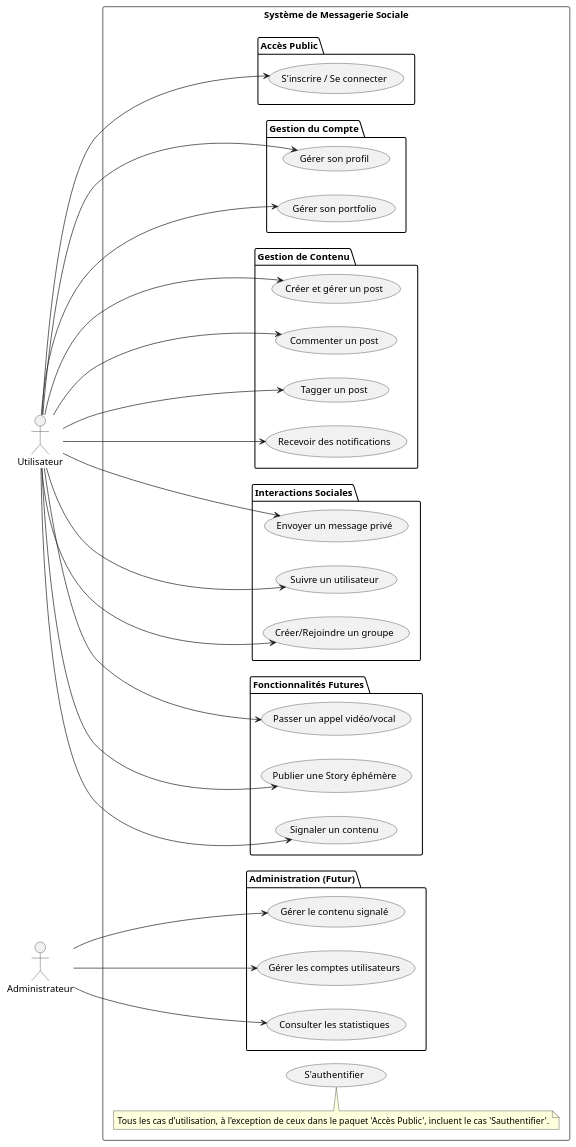
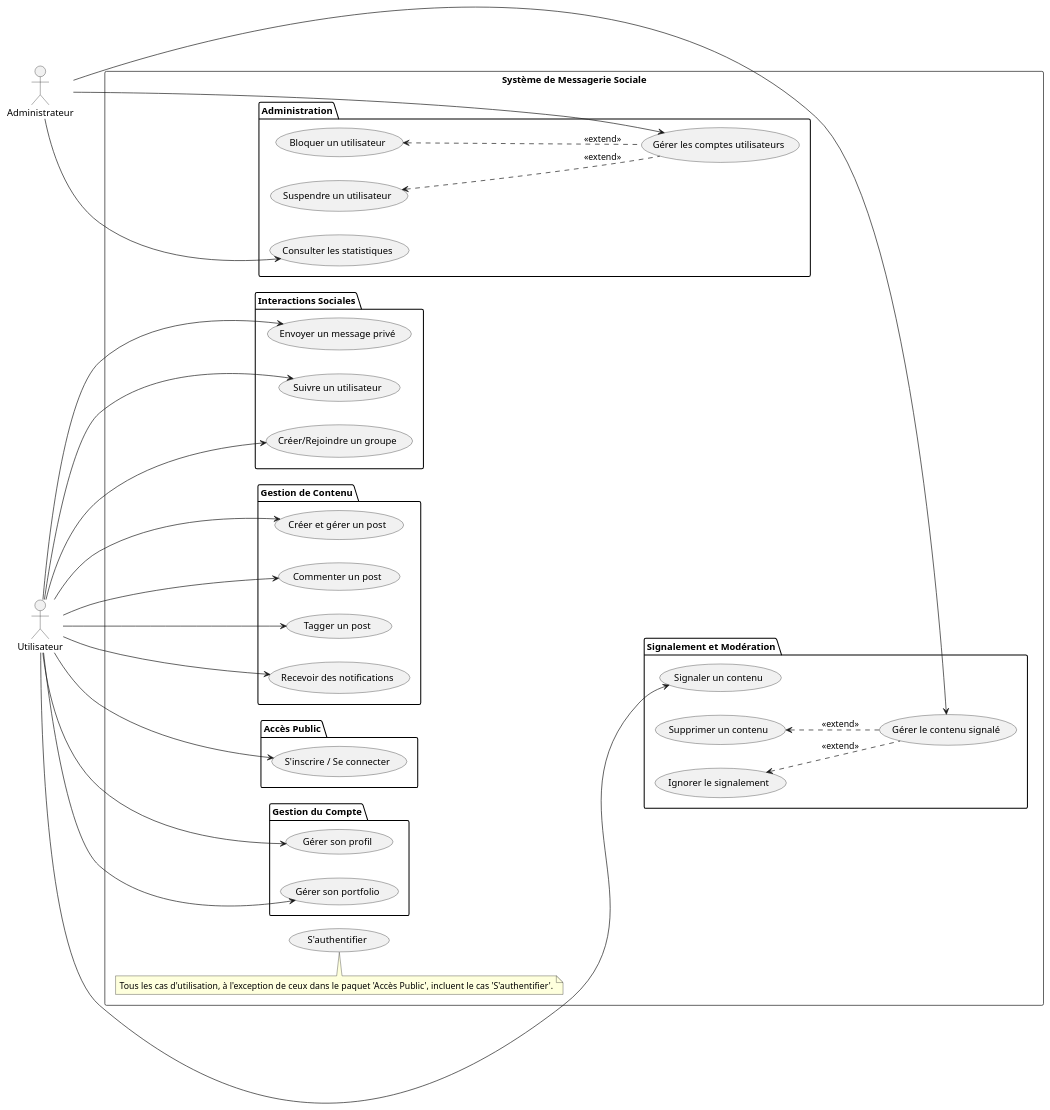
Before and after one commit to YetochariYeoTech/Social_Network_App: the diagram in Diagrams/Use-Case-Diagram/UML-UseCase-Diagram.puml, drawn with PlantUML. The commit also changed other lines of this file and 9 other files, not shown here.

Commit message:
Schema UML complets.

```diff
--- a/Diagrams/Use-Case-Diagram/UML-UseCase-Diagram.puml
+++ b/Diagrams/Use-Case-Diagram/UML-UseCase-Diagram.puml
@@ -1,67 +1,80 @@
 @startuml
 left to right direction
 
 actor Utilisateur
 actor Administrateur
 
 rectangle "Système de Messagerie Sociale" {
 
   usecase "S'authentifier" as UC_Auth
 
   package "Accès Public" {
     usecase "S'inscrire / Se connecter" as UC1
   }
 
   package "Gestion du Compte" {
     usecase "Gérer son profil" as UC2
     usecase "Gérer son portfolio" as UC3
   }
 
   package "Gestion de Contenu" {
     usecase "Créer et gérer un post" as UC4
     usecase "Commenter un post" as UC5
     usecase "Tagger un post" as UC6
     usecase "Recevoir des notifications" as UC11
   }
 
+  package "Signalement et Modération" {
+    usecase "Signaler un contenu" as UC14
+    usecase "Gérer le contenu signalé" as UC15
+    usecase "Supprimer un contenu" as UC18
+    usecase "Ignorer le signalement" as UC20
+  }
+
   package "Interactions Sociales" {
     usecase "Envoyer un message privé" as UC7
     usecase "Suivre un utilisateur" as UC8
     usecase "Créer/Rejoindre un groupe" as UC9
   }
 
-  package "Fonctionnalités Futures" {
-    usecase "Passer un appel vidéo/vocal" as UC10
-    usecase "Publier une Story éphémère" as UC12
-    usecase "Signaler un contenu" as UC14
-  }
-
-  package "Administration (Futur)" {
-    usecase "Gérer le contenu signalé" as UC15
+  package "Administration" {
     usecase "Gérer les comptes utilisateurs" as UC16
+    usecase "Bloquer un utilisateur" as UC19
+    usecase "Suspendre un utilisateur" as UC21
     usecase "Consulter les statistiques" as UC17
   }
 
-  note "Tous les cas d'utilisation, à l'exception de ceux dans le paquet 'Accès Public', incluent le cas 'S\'authentifier'." as AuthNote
+  note "Tous les cas d'utilisation, à l'exception de ceux dans le paquet 'Accès Public', incluent le cas 'S'authentifier'." as AuthNote
   AuthNote . UC_Auth
 }
 
+' Lien invisible pour forcer la disposition
+UC11 -[hidden]d-> UC14
+
+' Cas d'utilisation pour l'Utilisateur
 Utilisateur --> UC1
 Utilisateur --> UC2
 Utilisateur --> UC3
 Utilisateur --> UC4
 Utilisateur --> UC5
 Utilisateur --> UC6
 Utilisateur --> UC7
 Utilisateur --> UC8
 Utilisateur --> UC9
-Utilisateur --> UC10
 Utilisateur --> UC11
-Utilisateur --> UC12
 Utilisateur --> UC14
 
+' Cas d'utilisation pour l'Administrateur
 Administrateur --> UC15
 Administrateur --> UC16
 Administrateur --> UC17
 
+' Extensions pour la gestion de contenu signalé
+UC18 <.. UC15 : <<extend>>
+UC20 <.. UC15 : <<extend>>
+
+' Extensions pour la gestion des comptes utilisateurs
+UC19 <.. UC16 : <<extend>>
+UC21 <.. UC16 : <<extend>>
+
 @enduml
```
